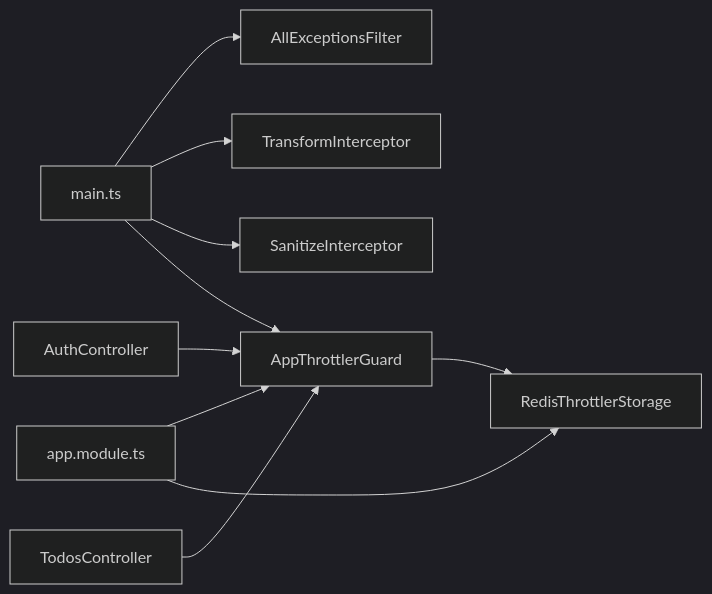
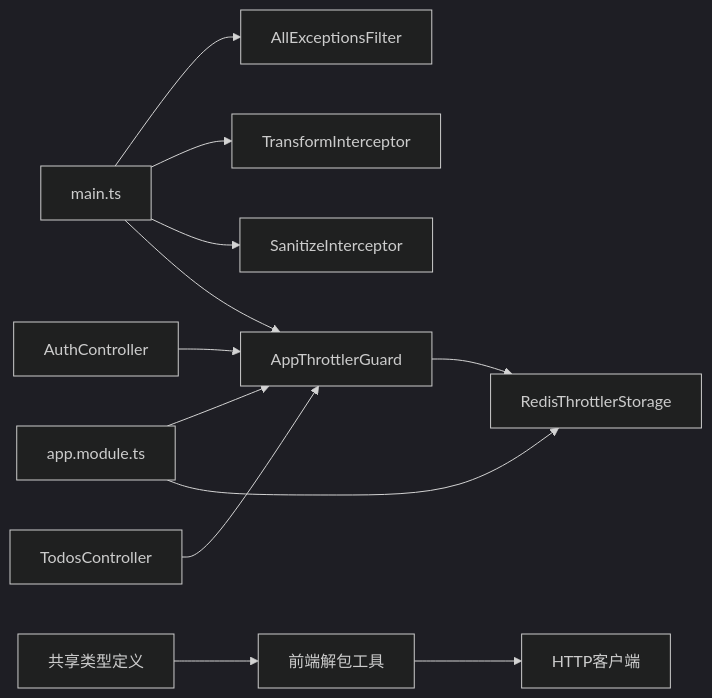
One commit to xixixiaoyu/Todo changed the sixth of 6 diagrams in .qoder/repowiki/zh/content/API参考/错误处理.md. Above: the diagram before and after it, drawn with Mermaid (dark theme). The commit also changed other lines of this file and 5 other files, not shown here.

````diff
--- a/.qoder/repowiki/zh/content/API参考/错误处理.md
+++ b/.qoder/repowiki/zh/content/API参考/错误处理.md
@@ -278,12 +331,14 @@
 ```mermaid
 graph LR
 Main["main.ts"] --> Filter["AllExceptionsFilter"]
 Main --> Inter1["TransformInterceptor"]
 Main --> Inter2["SanitizeInterceptor"]
 Main --> Guard["AppThrottlerGuard"]
 Guard --> Store["RedisThrottlerStorage"]
 Module["app.module.ts"] --> Guard
 Module --> Store
 CtrlA["AuthController"] --> Guard
 CtrlT["TodosController"] --> Guard
+Shared["共享类型定义"] --> Frontend["前端解包工具"]
+Frontend --> HttpClient["HTTP客户端"]
 ```
````
